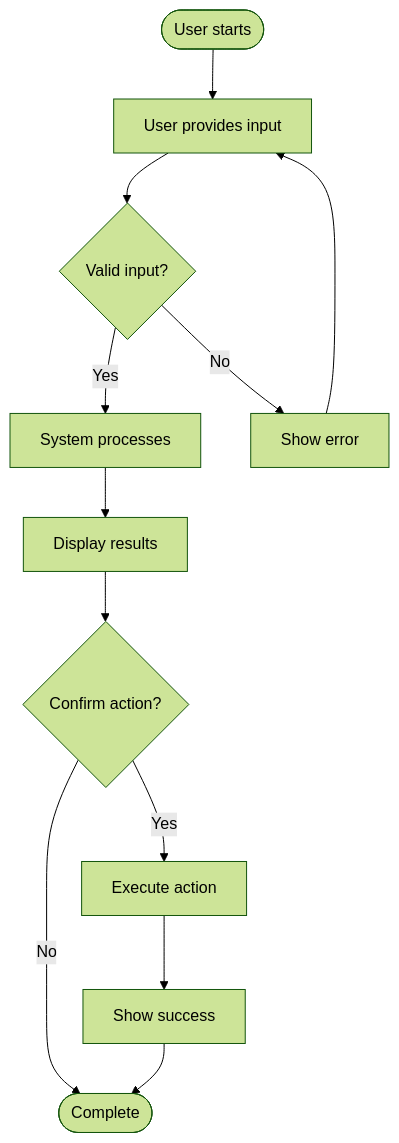
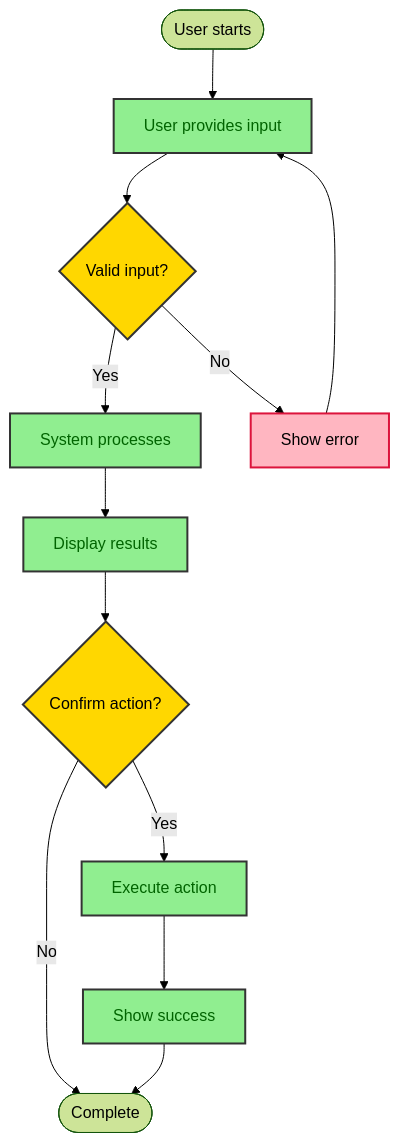
One commit to kasiopeiya/claude-dev-template changed the second of 9 diagrams in .claude/skills/design-doc-mermaid/assets/feature-design-template.md. Above: the diagram before and after it, drawn with Mermaid (forest theme). The commit also changed other lines of this file and 5 other files, not shown here.

````diff
--- a/.claude/skills/design-doc-mermaid/assets/feature-design-template.md
+++ b/.claude/skills/design-doc-mermaid/assets/feature-design-template.md
@@ -86,25 +86,33 @@
 ```mermaid
 flowchart TD
     Start([User starts])
     Input[User provides input]
     Validate{Valid input?}
     Process[System processes]
     Display[Display results]
     Confirm{Confirm action?}
     Execute[Execute action]
     Success[Show success]
     Error[Show error]
     End([Complete])
 
     Start --> Input
     Input --> Validate
     Validate -->|Yes| Process
     Validate -->|No| Error
     Process --> Display
     Display --> Confirm
     Confirm -->|Yes| Execute
     Confirm -->|No| End
     Execute --> Success
     Success --> End
     Error --> Input
+
+    classDef step fill:#90EE90,stroke:#333,stroke-width:2px,color:darkgreen
+    classDef decision fill:#FFD700,stroke:#333,stroke-width:2px,color:black
+    classDef error fill:#FFB6C1,stroke:#DC143C,stroke-width:2px,color:black
+
+    class Input,Process,Display,Execute,Success step
+    class Validate,Confirm decision
+    class Error error
 ```
````
